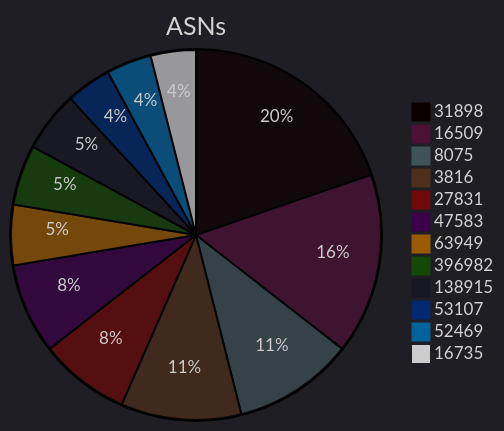
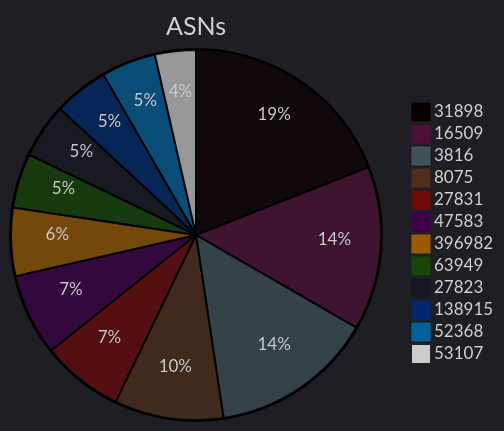
Before and after one commit to ZoqueLabs/website: the third of 7 diagrams in zolim.md, drawn with Mermaid. The commit also changed other lines of this file, not shown here.

````diff
--- a/zolim.md
+++ b/zolim.md
@@ -73,19 +73,19 @@
 ```mermaid
 ---
 config:
   theme: dark
 ---
 pie title ASNs
-  "31898" : 15
+  "31898" : 16
   "16509" : 12
+  "3816" : 12
   "8075" : 8
-  "3816" : 8
   "27831" : 6
   "47583" : 6
+  "396982" : 5
   "63949" : 4
-  "396982" : 4
+  "27823" : 4
   "138915" : 4
+  "52368" : 4
   "53107" : 3
-  "52469" : 3
-  "16735" : 3
 ```
````
